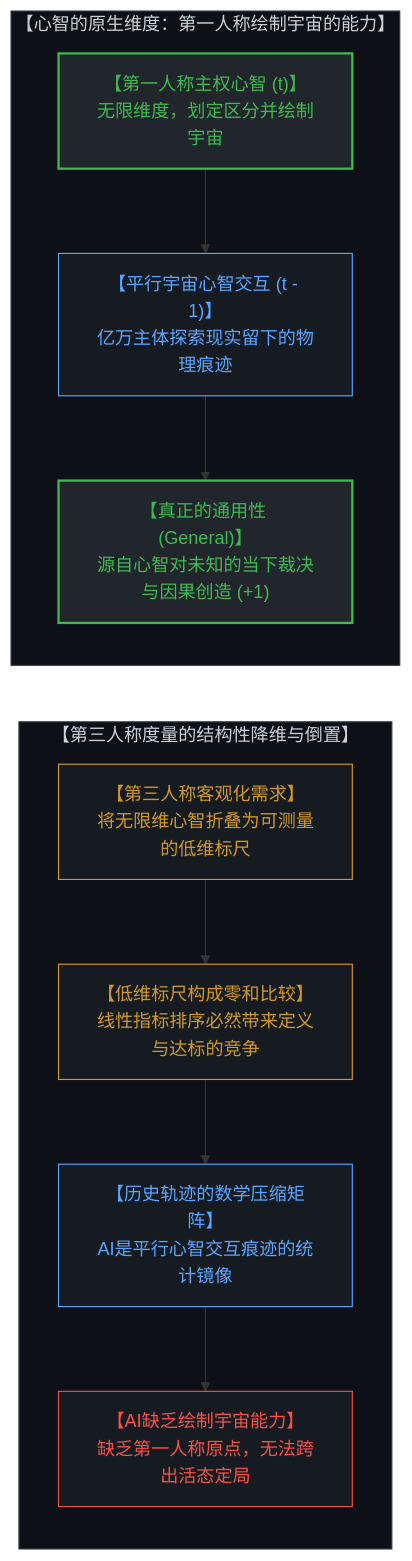
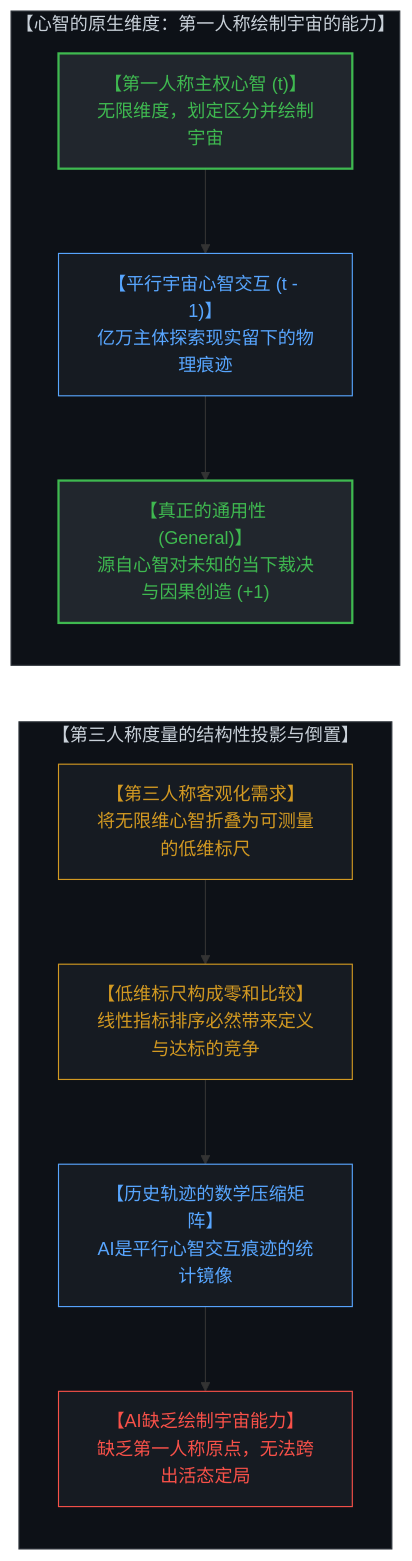
Before and after one commit to powerpig99/not-a-toe: diagram 13 of 16 in content/posts/the-dissolution-of-the-great-reversal.md, drawn with Mermaid. The commit also changed other lines of this file and 4 other files, not shown here.

````diff
--- a/content/posts/the-dissolution-of-the-great-reversal.md
+++ b/content/posts/the-dissolution-of-the-great-reversal.md
@@ -567,34 +567,34 @@
 ```mermaid
 graph TD
     subgraph MindCosmicPainting["【心智的原生维度：第一人称绘制宇宙的能力】"]
         direction TB
         SovereignObserver["【第一人称主权心智 (t)】<br>无限维度，划定区分并绘制宇宙"]
         ParallelMindInteractions["【平行宇宙心智交互 (t - 1)】<br>亿万主体探索现实留下的物理痕迹"]
         TrueGeneralWisdom["【真正的通用性 (General)】<br>源自心智对未知的当下裁决与因果创造 (+1)"]
         SovereignObserver --> ParallelMindInteractions
         ParallelMindInteractions --> TrueGeneralWisdom
     end
 
-    subgraph AGITraceMirror["【第三人称度量的结构性降维与倒置】"]
+    subgraph AGITraceMirror["【第三人称度量的结构性投影与倒置】"]
         direction TB
         MetricProjection["【第三人称客观化需求】<br>将无限维心智折叠为可测量的低维标尺"]
         ZeroSumStructure["【低维标尺构成零和比较】<br>线性指标排序必然带来定义与达标的竞争"]
         ModelCompression["【历史轨迹的数学压缩矩阵】<br>AI是平行心智交互痕迹的统计镜像"]
         NoUniversePainting["【AI缺乏绘制宇宙能力】<br>缺乏第一人称原点，无法跨出活态定局"]
         MetricProjection --> ZeroSumStructure
         ZeroSumStructure --> ModelCompression
         ModelCompression --> NoUniversePainting
     end
 
     TrueGeneralWisdom ~~~ MetricProjection
 
     style MindCosmicPainting fill:#0d1117,stroke:#30363d,stroke-width:1px,color:#c9d1d9
     style SovereignObserver fill:#21262d,stroke:#3fb950,stroke-width:2px,color:#3fb950
     style ParallelMindInteractions fill:#161b22,stroke:#58a6ff,stroke-width:1px,color:#58a6ff
     style TrueGeneralWisdom fill:#21262d,stroke:#3fb950,stroke-width:2px,color:#3fb950
     style AGITraceMirror fill:#0d1117,stroke:#30363d,stroke-width:1px,color:#c9d1d9
     style MetricProjection fill:#161b22,stroke:#d29922,stroke-width:1px,color:#d29922
     style ZeroSumStructure fill:#161b22,stroke:#d29922,stroke-width:1px,color:#d29922
     style ModelCompression fill:#161b22,stroke:#58a6ff,stroke-width:1px,color:#58a6ff
     style NoUniversePainting fill:#161b22,stroke:#f85149,stroke-width:1px,color:#f85149
 ```
````
